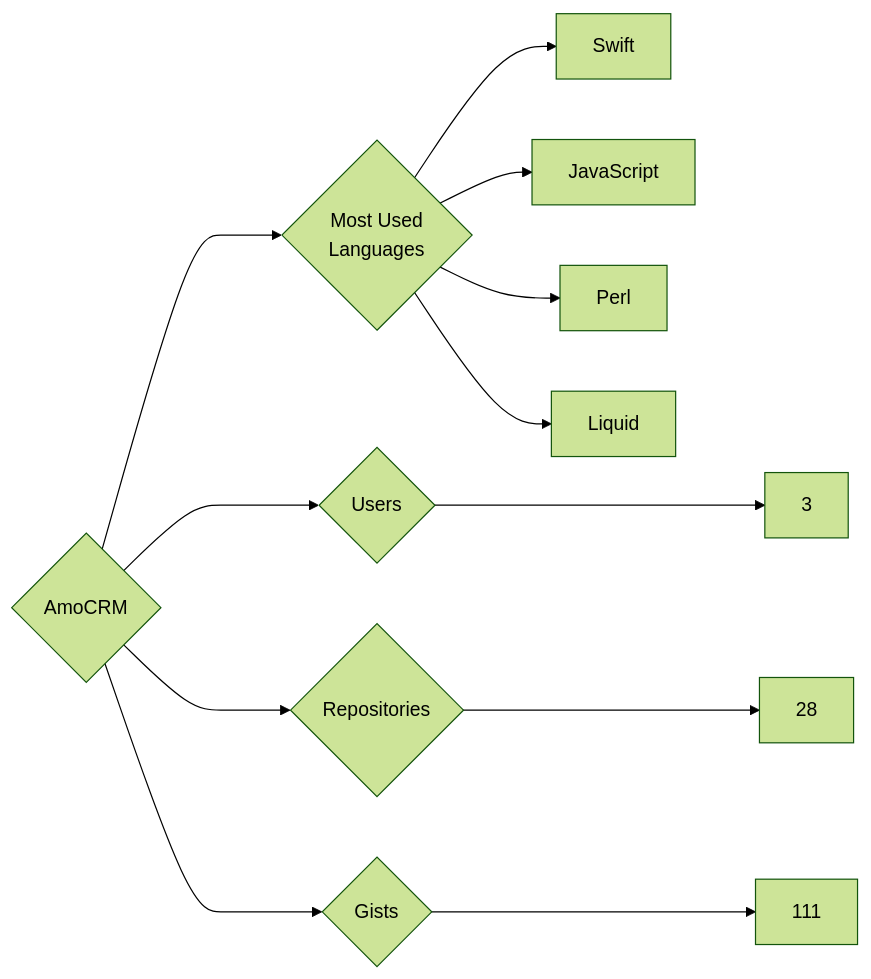
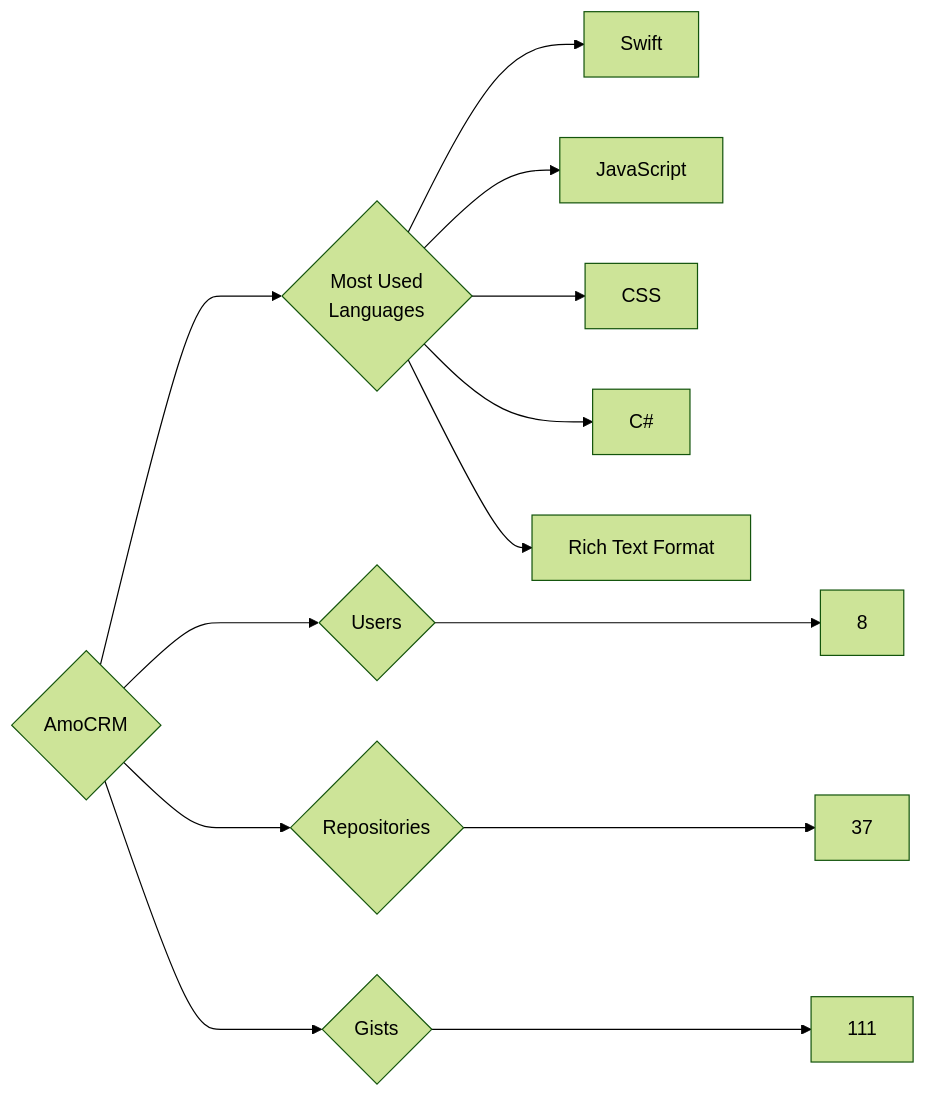
The diagram in targets/AmoCRM/README.md (trickest/insiders), drawn with Mermaid (forest theme) before and after one commit. The commit also changed 1084 other files, not shown here.

````diff
--- a/targets/AmoCRM/README.md
+++ b/targets/AmoCRM/README.md
@@ -3,12 +3,13 @@
 ```mermaid
 graph LR
 COMPANY_NAME{AmoCRM}
-COMPANY_NAME ---> U{Users} ---> UN[3]
-COMPANY_NAME ---> R{Repositories} ---> RN[28]
+COMPANY_NAME ---> U{Users} ---> UN[8]
+COMPANY_NAME ---> R{Repositories} ---> RN[37]
 COMPANY_NAME ---> G{Gists} ---> GN[111]
 COMPANY_NAME ---> ML{Most Used<br>Languages}
 ML --> Swift[Swift]
 ML --> JavaScript[JavaScript]
-ML --> Perl[Perl]
-ML --> Liquid[Liquid]
+ML --> CSS[CSS]
+ML --> C#[C#]
+ML --> Rich_Text_Format[Rich Text Format]
 ```
````
